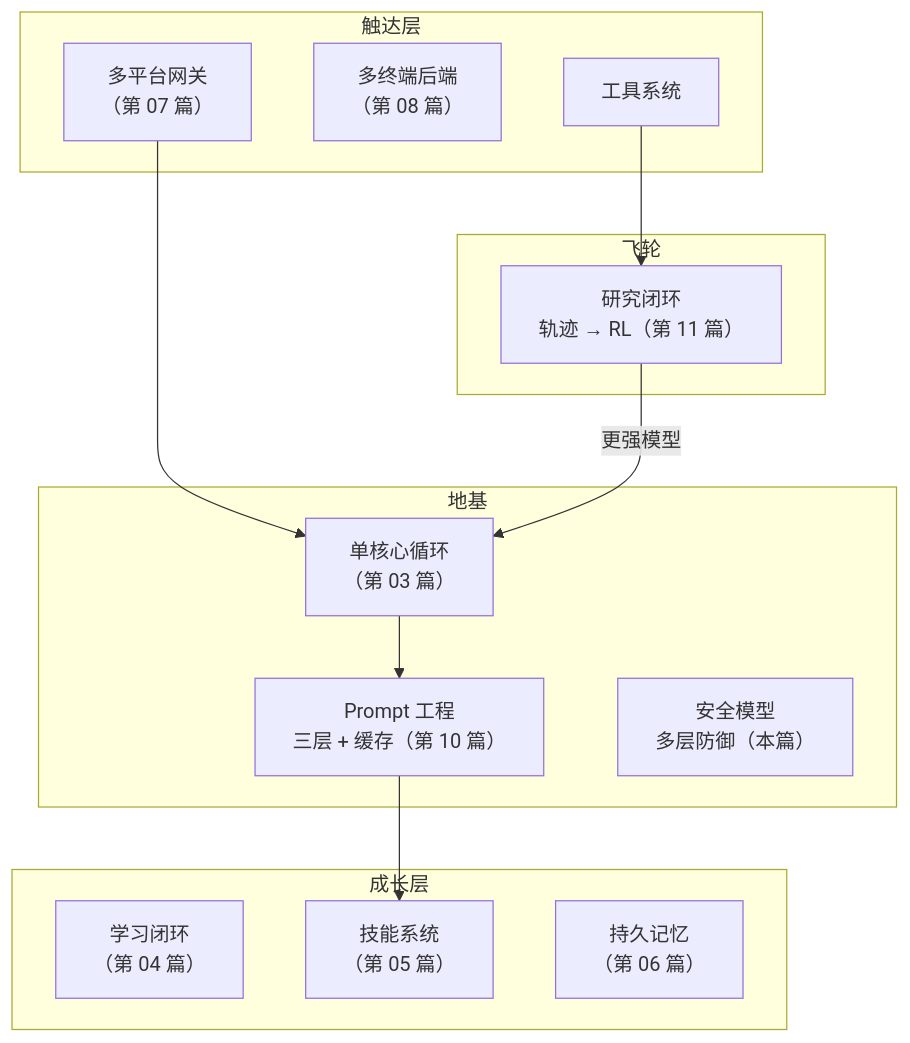
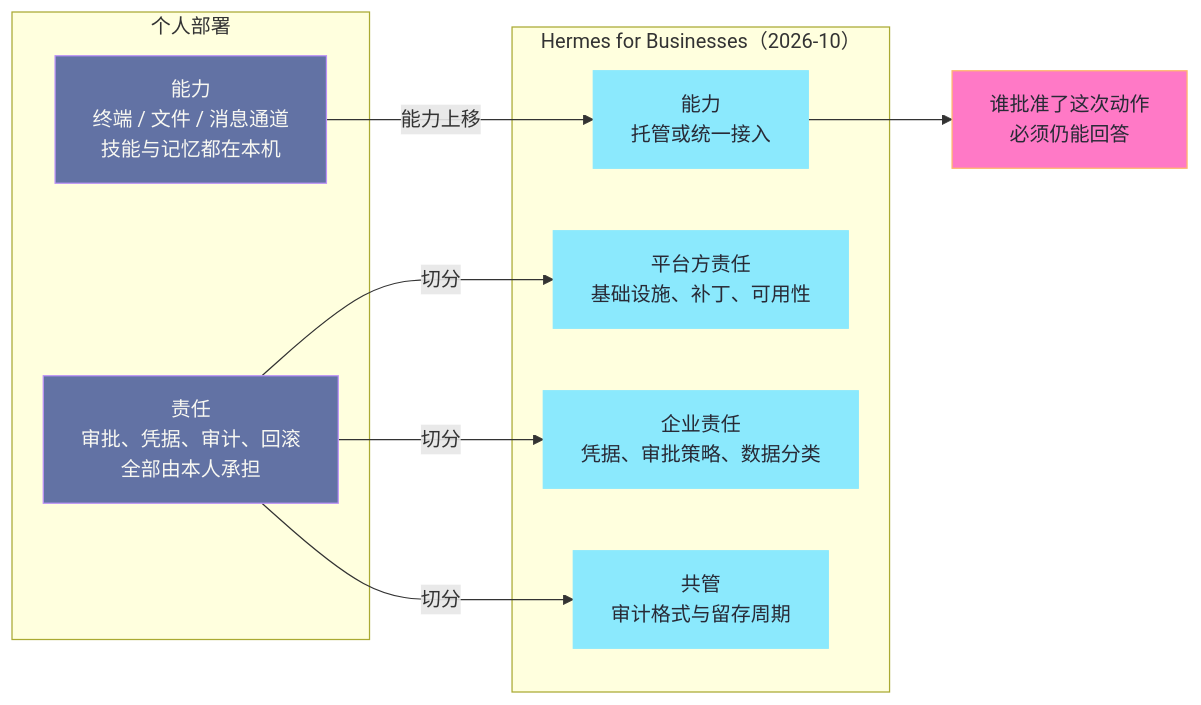
The fourth of 4 diagrams in content/LLM/Hermes-Agent/12 安全、生态与未来——从个人 Agent 到标准.md (hpliStartAgain/my-brain), drawn with Mermaid before and after one commit. The commit also changed other lines of this file and 259 other files, not shown here.

````diff
--- a/content/LLM/Hermes-Agent/12 安全、生态与未来——从个人 Agent 到标准.md
+++ b/content/LLM/Hermes-Agent/12 安全、生态与未来——从个人 Agent 到标准.md
@@ -371,31 +466,26 @@
 ```mermaid
 %%{init: {'theme': 'dracula'}}%%
-graph TD
-    subgraph Foundation["地基"]
-        A["单核心循环<br/>（第 03 篇）"]
-        B["Prompt 工程<br/>三层 + 缓存（第 10 篇）"]
-        S["安全模型<br/>多层防御（本篇）"]
+graph LR
+    subgraph PER["个人部署"]
+        A1["能力<br/>终端 / 文件 / 消息通道<br/>技能与记忆都在本机"]
+        A2["责任<br/>审批、凭据、审计、回滚<br/>全部由本人承担"]
     end
-    subgraph Growth["成长层"]
-        C["学习闭环<br/>（第 04 篇）"]
-        D["技能系统<br/>（第 05 篇）"]
-        E["持久记忆<br/>（第 06 篇）"]
+    subgraph ENT["Hermes for Businesses（2026-10）"]
+        B1["能力<br/>托管或统一接入"]
+        B2["平台方责任<br/>基础设施、补丁、可用性"]
+        B3["企业责任<br/>凭据、审批策略、数据分类"]
+        B4["共管<br/>审计格式与留存周期"]
     end
-    subgraph Reach["触达层"]
-        F["多平台网关<br/>（第 07 篇）"]
-        G["多终端后端<br/>（第 08 篇）"]
-        H["工具系统<br/>（第 09 篇）"]
-    end
-    subgraph Flywheel["飞轮"]
-        I["研究闭环<br/>轨迹 → RL（第 11 篇）"]
-    end
+    A1 -->|能力上移| B1
+    A2 -->|切分| B2
+    A2 -->|切分| B3
+    A2 -->|切分| B4
+    B1 --> D["谁批准了这次动作<br/>必须仍能回答"]
 
-    A --> B --> D
-    F --> A
-    H["工具系统"] --> I
-    I -->|"更强模型"| A
-
-    classDef core fill:#6272a4,stroke:#bd93f9,color:#f8f8f2
-    class A,B,E,H layer
-    class D,I fill:#ff79c6
+    classDef per fill:#6272a4,stroke:#bd93f9,color:#f8f8f2
+    classDef ent fill:#8be9fd,stroke:#8be9fd,color:#282a36
+    classDef ask fill:#ff79c6,stroke:#ffb86c,color:#282a36
+    class A1,A2 per
+    class B1,B2,B3,B4 ent
+    class D ask
 ```
````
